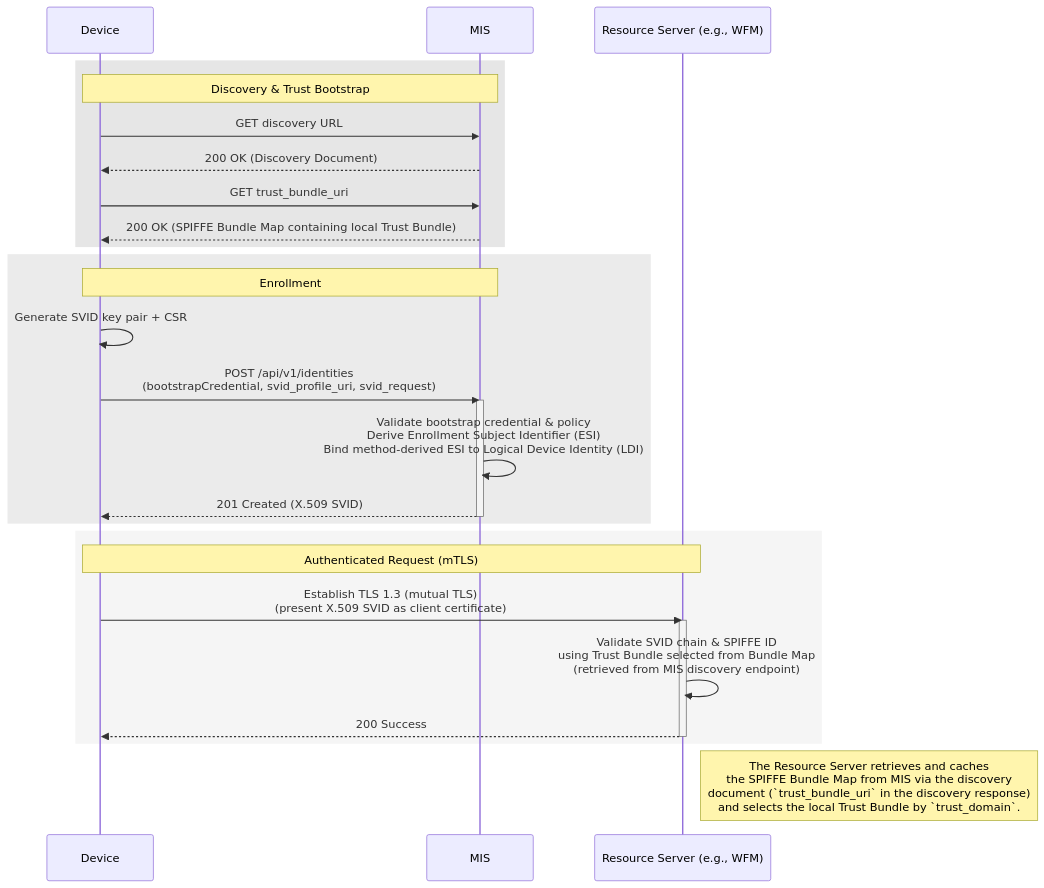
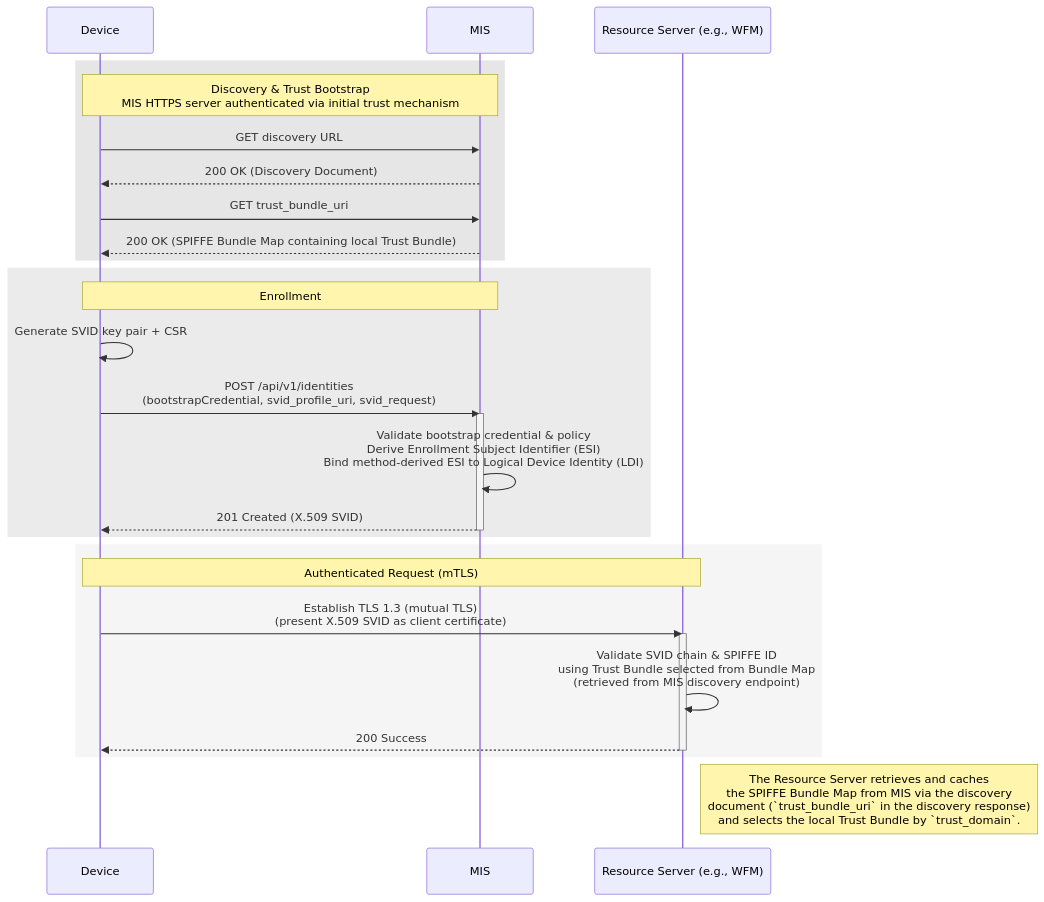
Before and after one commit to margo/specification-enhancements: the first of 8 diagrams in proposals/margo-identity-and-authorization-framework.md, drawn with Mermaid. The commit also changed other lines of this file, not shown here.

Commit message:
docs: clarify initial trust bootstrap

````diff
--- a/proposals/margo-identity-and-authorization-framework.md
+++ b/proposals/margo-identity-and-authorization-framework.md
@@ -1562,35 +1567,35 @@
 ```mermaid
 sequenceDiagram
     participant Device
     participant MIS
     participant RS as Resource Server (e.g., WFM)
 
     rect rgb(230,230,230)
-        note over Device,MIS: Discovery & Trust Bootstrap
+    note over Device,MIS: Discovery & Trust Bootstrap<br/>MIS HTTPS server authenticated via initial trust mechanism
         Device->>MIS: GET discovery URL
         MIS-->>Device: 200 OK (Discovery Document)
         Device->>MIS: GET trust_bundle_uri
         MIS-->>Device: 200 OK (SPIFFE Bundle Map containing local Trust Bundle)
     end
 
     rect rgb(235,235,235)
         note over Device,MIS: Enrollment
         Device->>Device: Generate SVID key pair + CSR
         Device->>MIS: POST /api/v1/identities<br/>(bootstrapCredential, svid_profile_uri, svid_request)
         activate MIS
       MIS->>MIS: Validate bootstrap credential & policy<br/>Derive Enrollment Subject Identifier (ESI)<br/>Bind method-derived ESI to Logical Device Identity (LDI)
         MIS-->>Device: 201 Created (X.509 SVID)
         deactivate MIS
     end
 
     rect rgb(245,245,245)
         note over Device,RS: Authenticated Request (mTLS)
         Device->>RS: Establish TLS 1.3 (mutual TLS)<br/>(present X.509 SVID as client certificate)
         activate RS
         RS->>RS: Validate SVID chain & SPIFFE ID<br/>using Trust Bundle selected from Bundle Map<br/>(retrieved from MIS discovery endpoint)
         RS-->>Device: 200 Success
         deactivate RS
     end
 
       note right of RS: The Resource Server retrieves and caches<br/>the SPIFFE Bundle Map from MIS via the discovery<br/>document (`trust_bundle_uri` in the discovery response)<br/>and selects the local Trust Bundle by `trust_domain`.
 ```
````
